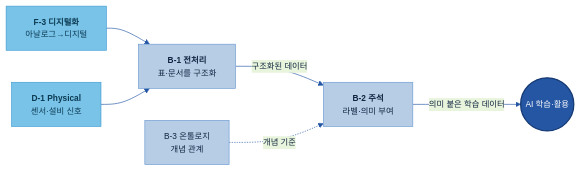
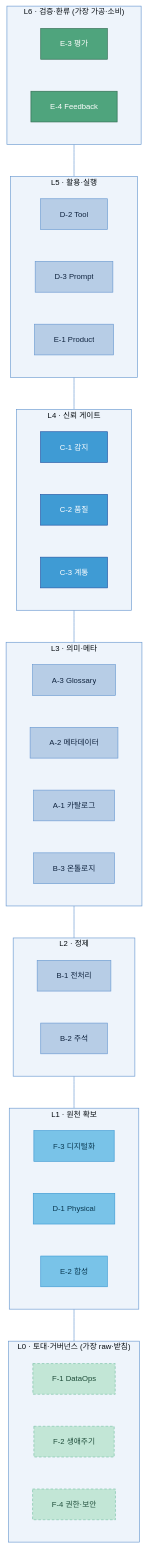
Before and after one commit to jin-kearney/ai-ready-data-manual: the third of 7 diagrams in 전체 목차/00 전체 목차 (20개 주제).md, drawn with Mermaid. The commit also changed other lines of this file, not shown here.

````diff
--- a/전체 목차/00 전체 목차 (20개 주제).md
+++ b/전체 목차/00 전체 목차 (20개 주제).md
@@ -98,17 +98,59 @@
 ```mermaid
-%%{init: {'theme':'base','themeVariables':{'primaryColor':'#DCE8F5','primaryBorderColor':'#2456A4','primaryTextColor':'#10243f','lineColor':'#2456A4','fontSize':'13px'}}}%%
-flowchart LR
-    F3["<b>F-3 디지털화</b><br/>아날로그→디지털"]:::src
-    D1["<b>D-1 Physical</b><br/>센서·설비 신호"]:::src
-    B1["<b>B-1 전처리</b><br/>표·문서를 구조화"]:::n
-    B2["<b>B-2 주석</b><br/>라벨·의미 부여"]:::n
-    AI(("AI 학습·활용")):::cat
-    F3 --> B1
-    D1 --> B1
-    B1 -->|구조화된 데이터| B2 -->|의미 붙은 학습 데이터| AI
-    B3["B-3 온톨로지<br/>개념 관계"]:::n -.개념 기준.-> B2
+%%{init: {'theme':'base','themeVariables':{'primaryColor':'#DCE8F5','primaryBorderColor':'#2456A4','primaryTextColor':'#10243f','lineColor':'#6B9AD1','clusterBkg':'#EEF4FB','clusterBorder':'#6B9AD1','fontSize':'12px'}}}%%
+flowchart TB
+    subgraph L6["L6 · 검증·환류 (가장 가공·소비)"]
+      direction LR
+      E3["E-3 평가"]
+      E4["E-4 Feedback"]
+    end
+    subgraph L5["L5 · 활용·실행"]
+      direction LR
+      D2["D-2 Tool"]
+      D3["D-3 Prompt"]
+      E1["E-1 Product"]
+    end
+    subgraph L4["L4 · 신뢰 게이트"]
+      direction LR
+      C1["C-1 감지"]
+      C2["C-2 품질"]
+      C3["C-3 계통"]
+    end
+    subgraph L3["L3 · 의미·메타"]
+      direction LR
+      A3["A-3 Glossary"]
+      A2["A-2 메타데이터"]
+      A1["A-1 카탈로그"]
+      B3["B-3 온톨로지"]
+    end
+    subgraph L2["L2 · 정제"]
+      direction LR
+      B1["B-1 전처리"]
+      B2["B-2 주석"]
+    end
+    subgraph L1["L1 · 원천 확보"]
+      direction LR
+      F3["F-3 디지털화"]
+      D1["D-1 Physical"]
+      E2["E-2 합성"]
+    end
+    subgraph L0["L0 · 토대·거버넌스 (가장 raw·받침)"]
+      direction LR
+      F1["F-1 DataOps"]
+      F2["F-2 생애주기"]
+      F4["F-4 권한·보안"]
+    end
+    L6 --- L5 --- L4 --- L3 --- L2 --- L1 --- L0
 
     classDef n fill:#B7CDE6,stroke:#6B9AD1,color:#10243f;
     classDef src fill:#79C3E8,stroke:#3F9BD4,color:#0b3a52;
-    classDef cat fill:#2456A4,color:#fff,stroke:#163a73,stroke-width:2px;
+    classDef gate fill:#3F9BD4,stroke:#2456A4,color:#fff;
+    classDef loop fill:#4FA47D,stroke:#2f6b50,color:#fff;
+    classDef cross fill:#C2E6D6,stroke:#7CC2A7,color:#1f4d3a,stroke-dasharray:4 3;
+    class E3,E4 loop;
+    class D2,D3,E1 n;
+    class C1,C2,C3 gate;
+    class A3,A2,A1,B3 n;
+    class B1,B2 n;
+    class F3,D1,E2 src;
+    class F1,F2,F4 cross;
 ```
````
